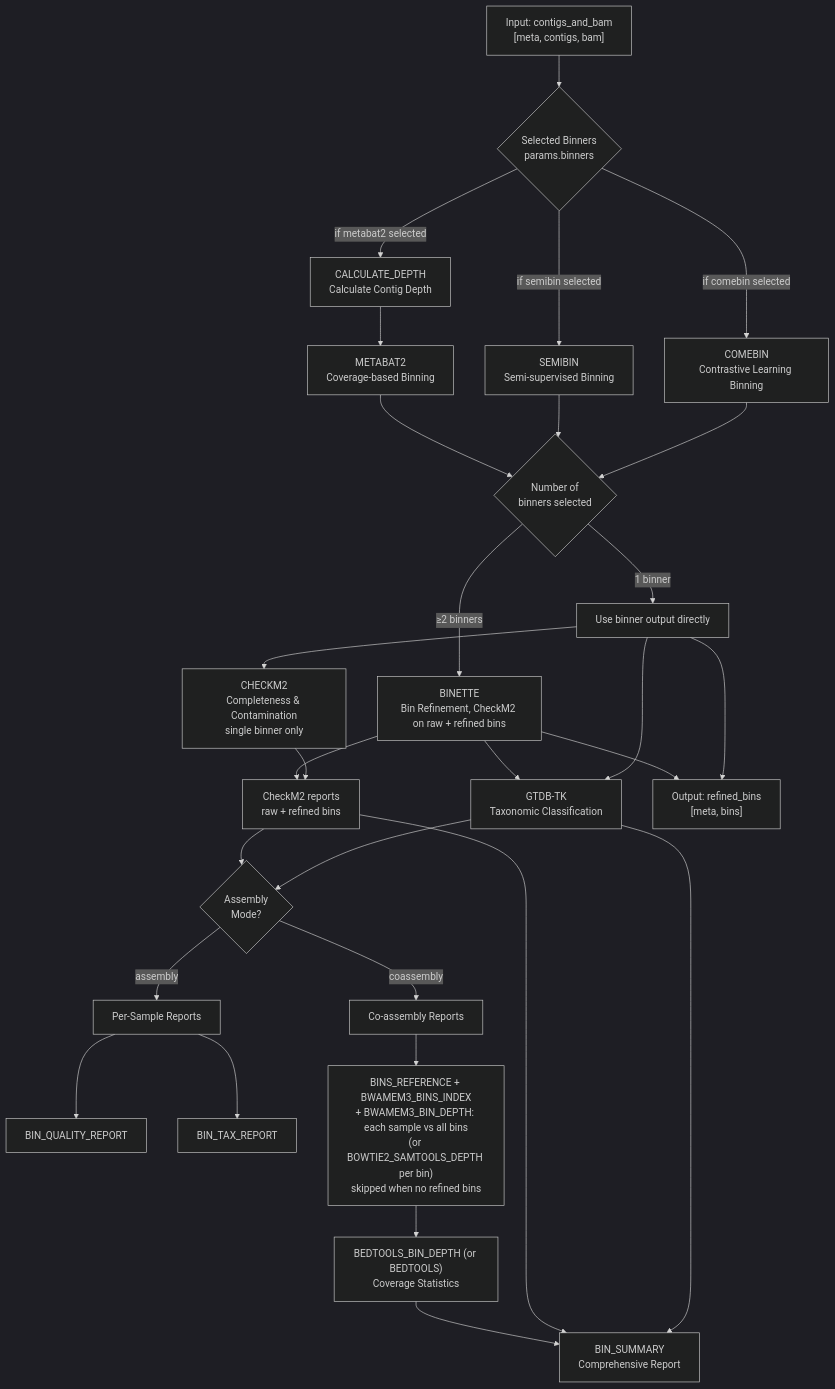
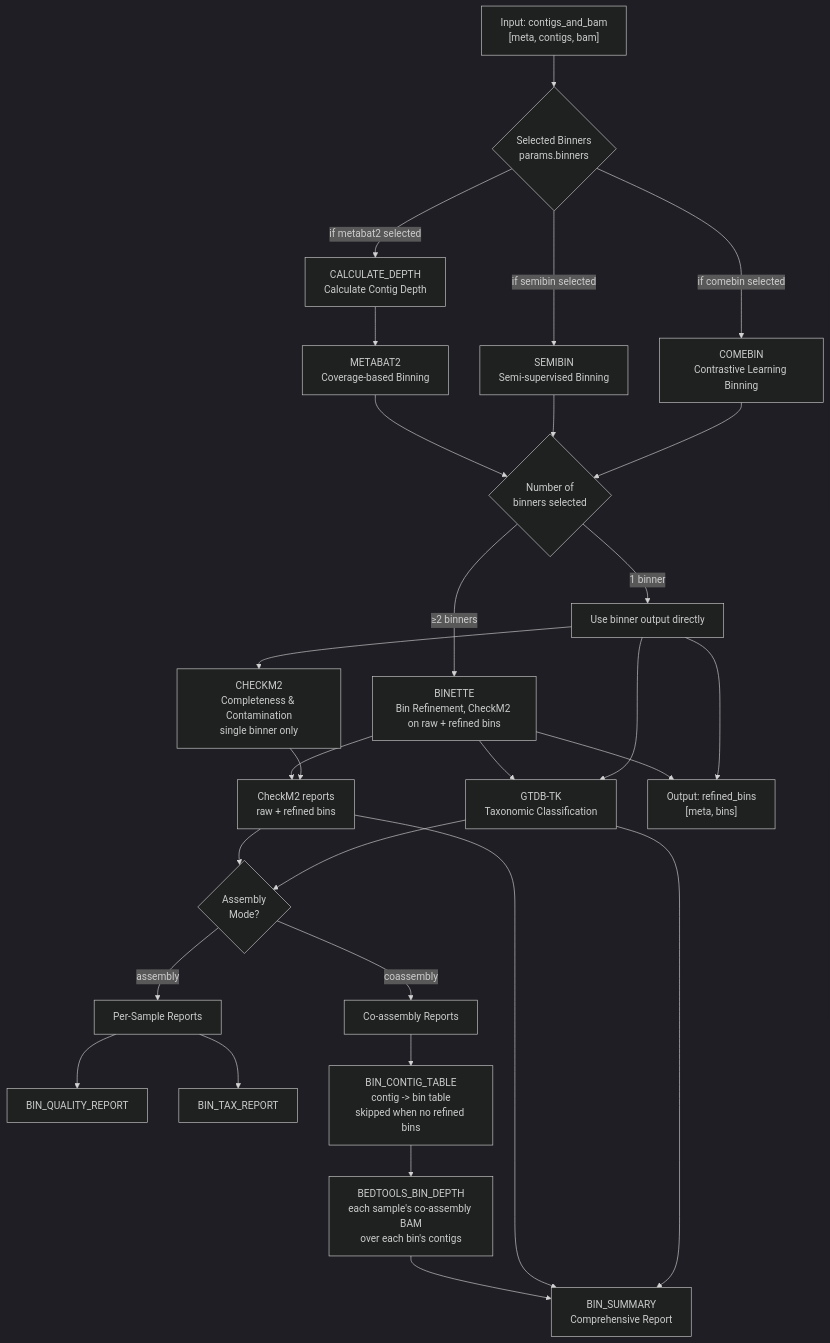
Before and after one commit to gene2dis/BugBuster: the seventh of 8 diagrams in docs/WORKFLOW_DIAGRAM.md, drawn with Mermaid (dark theme). The commit also changed other lines of this file and 3 other files, not shown here.

First line of the commit message:
docs: co-assembly maps each sample once (issue #28)

````diff
--- a/docs/WORKFLOW_DIAGRAM.md
+++ b/docs/WORKFLOW_DIAGRAM.md
@@ -248,44 +248,44 @@
 ```mermaid
 flowchart TD
     Input["Input: contigs_and_bam<br/>[meta, contigs, bam]"] --> BinnerSelect{Selected Binners<br/>params.binners}
 
     BinnerSelect -->|if metabat2 selected| CalcDepth[CALCULATE_DEPTH<br/>Calculate Contig Depth]
     CalcDepth --> MetaBAT[METABAT2<br/>Coverage-based Binning]
 
     BinnerSelect -->|if semibin selected| SemiBin[SEMIBIN<br/>Semi-supervised Binning]
     BinnerSelect -->|if comebin selected| COMEBin[COMEBIN<br/>Contrastive Learning Binning]
 
     %% Conditional Binette
     MetaBAT --> BinCount{Number of<br/>binners selected}
     SemiBin --> BinCount
     COMEBin --> BinCount
 
     BinCount -->|≥2 binners| Binette[BINETTE<br/>Bin Refinement, CheckM2 on raw + refined bins]
     BinCount -->|1 binner| DirectOut[Use binner output directly]
 
     %% Quality and Taxonomy
     DirectOut --> CheckM[CHECKM2<br/>Completeness & Contamination<br/>single binner only]
     Binette --> Quality[CheckM2 reports<br/>raw + refined bins]
     CheckM --> Quality
     Binette --> GTDBTK[GTDB-TK<br/>Taxonomic Classification]
     DirectOut --> GTDBTK
 
     %% Mode-specific reporting
     Quality --> ModeCheck{Assembly<br/>Mode?}
     GTDBTK --> ModeCheck
 
     ModeCheck -->|assembly| AssemblyReports[Per-Sample Reports]
     AssemblyReports --> QualReport[BIN_QUALITY_REPORT]
     AssemblyReports --> TaxReport[BIN_TAX_REPORT]
 
     ModeCheck -->|coassembly| CoassemblyReports[Co-assembly Reports]
-    CoassemblyReports --> BinCov["BINS_REFERENCE + BWAMEM3_BINS_INDEX<br/>+ BWAMEM3_BIN_DEPTH: each sample vs all bins<br/>(or BOWTIE2_SAMTOOLS_DEPTH per bin)<br/>skipped when no refined bins"]
-    BinCov --> Bedtools["BEDTOOLS_BIN_DEPTH (or BEDTOOLS)<br/>Coverage Statistics"]
+    CoassemblyReports --> BinCov["BIN_CONTIG_TABLE<br/>contig -> bin table<br/>skipped when no refined bins"]
+    BinCov --> Bedtools["BEDTOOLS_BIN_DEPTH<br/>each sample's co-assembly BAM<br/>over each bin's contigs"]
     Bedtools --> Summary[BIN_SUMMARY<br/>Comprehensive Report]
     Quality --> Summary
     GTDBTK --> Summary
 
     %% Output
     Binette --> Output["Output: refined_bins<br/>[meta, bins]"]
     DirectOut --> Output
 ```
````
